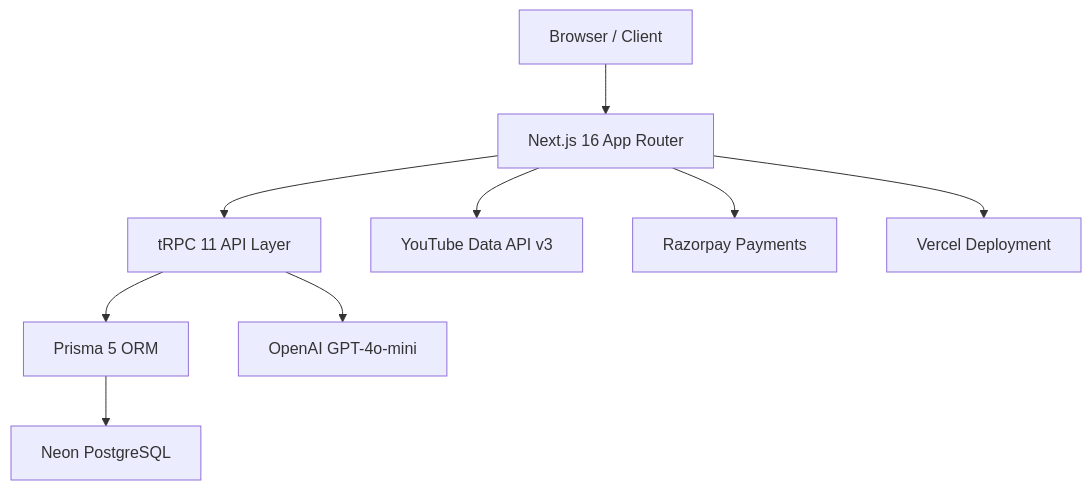
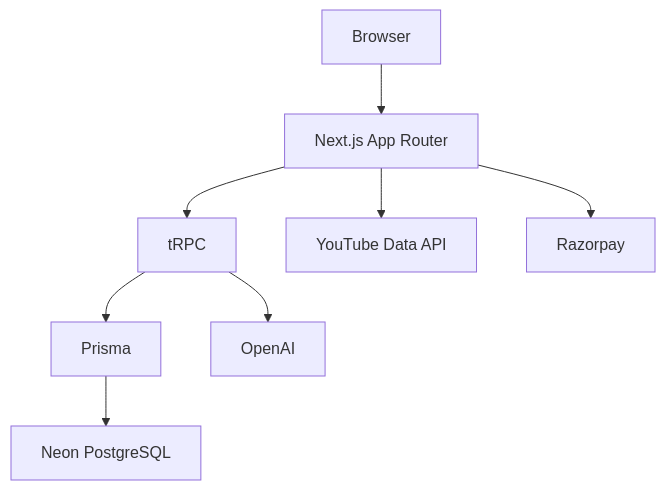
The diagram in README.md (harshitcodes1308/savioursai2027), drawn with Mermaid before and after one commit. The commit also changed other lines of this file, not shown here.

````diff
--- a/README.md
+++ b/README.md
@@ -205,21 +77,10 @@
 ```mermaid
 graph TD
-    Browser["Browser / Client"]
-    NextApp["Next.js 16 App Router"]
-    tRPC["tRPC 11 API Layer"]
-    Prisma["Prisma 5 ORM"]
-    NeonDB["Neon PostgreSQL"]
-    OpenAI["OpenAI GPT-4o-mini"]
-    YouTube["YouTube Data API v3"]
-    Razorpay["Razorpay Payments"]
-    Vercel["Vercel Deployment"]
-
-    Browser --> NextApp
-    NextApp --> tRPC
-    tRPC --> Prisma
-    Prisma --> NeonDB
-    tRPC --> OpenAI
-    NextApp --> YouTube
-    NextApp --> Razorpay
-    NextApp --> Vercel
+    Browser[Browser] --> Next[Next.js App Router]
+    Next --> TRPC[tRPC]
+    TRPC --> Prisma[Prisma]
+    Prisma --> Neon[Neon PostgreSQL]
+    TRPC --> OpenAI[OpenAI]
+    Next --> YouTube[YouTube Data API]
+    Next --> Razorpay[Razorpay]
 ```
````
